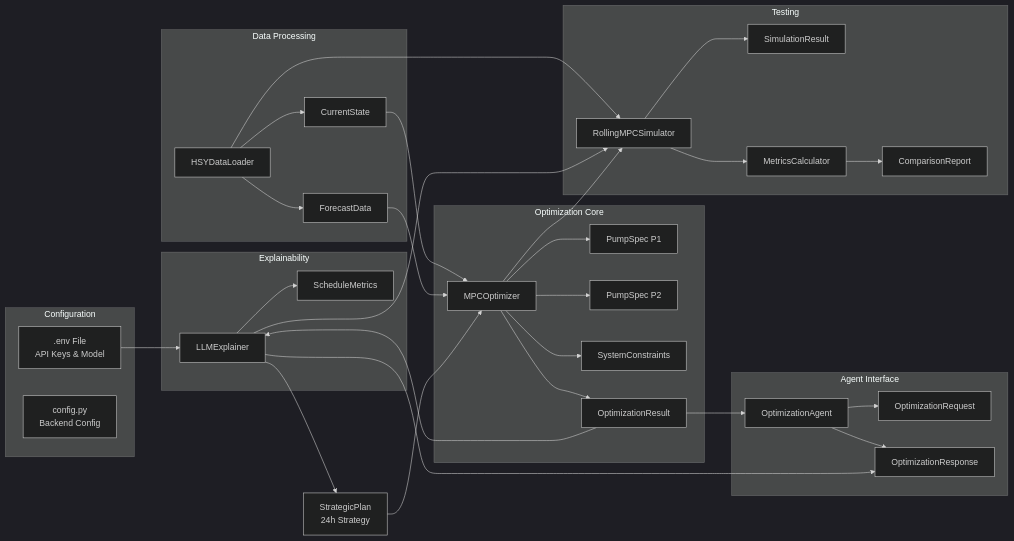
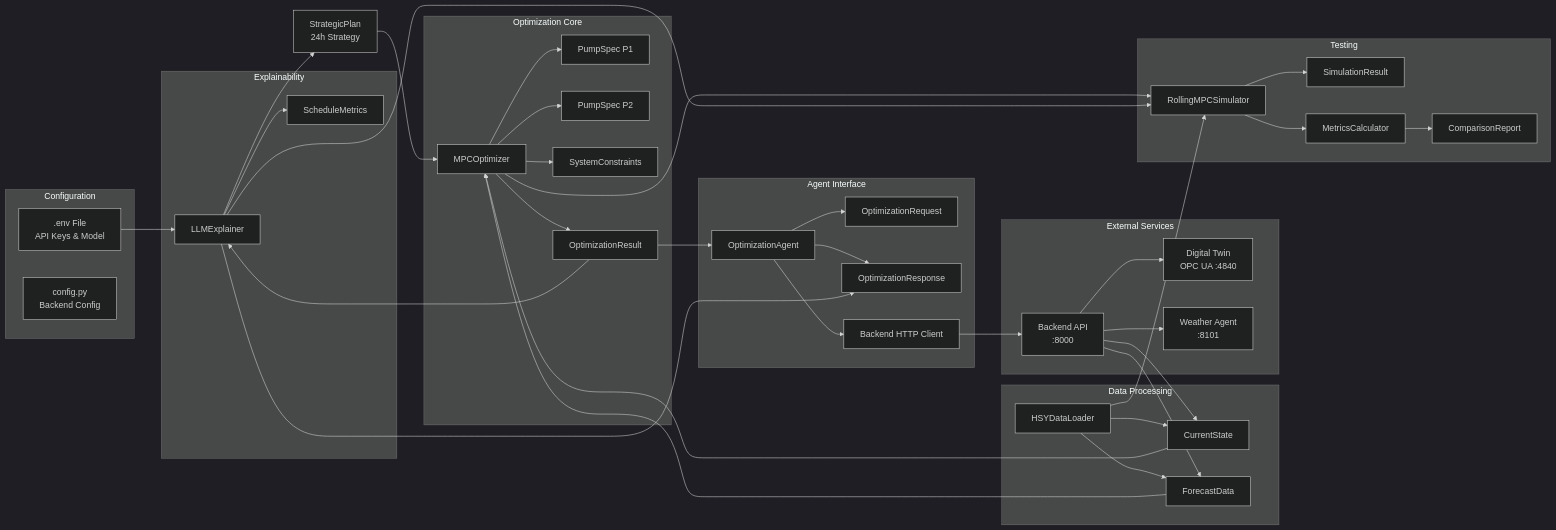
One commit to alexha11/Junction-2025 changed the fourth of 12 diagrams in agents/optimizer_agent/ARCHITECTURE.md. Above: the diagram before and after it, drawn with Mermaid (dark theme). The commit also changed other lines of this file and 36 other files, not shown here.

````diff
--- a/agents/optimizer_agent/ARCHITECTURE.md
+++ b/agents/optimizer_agent/ARCHITECTURE.md
@@ -172,64 +220,78 @@
 ```mermaid
 graph LR
     subgraph "Configuration"
         ENV[.env File<br/>API Keys & Model]
         CONFIG[config.py<br/>Backend Config]
     end
 
     subgraph "Data Processing"
         LOADER[HSYDataLoader]
         STATE[CurrentState]
         FORECAST[ForecastData]
         LOADER --> STATE
         LOADER --> FORECAST
     end
 
     subgraph "Optimization Core"
         OPT[MPCOptimizer]
         PUMP1[PumpSpec P1]
         PUMP2[PumpSpec P2]
         CONST[SystemConstraints]
         RESULT[OptimizationResult]
         OPT --> PUMP1
         OPT --> PUMP2
         OPT --> CONST
         OPT --> RESULT
     end
 
     subgraph "Explainability"
         EXPLAINER[LLMExplainer]
         METRICS[ScheduleMetrics]
         EXPLAINER --> METRICS
         ENV --> EXPLAINER
     end
 
     subgraph "Agent Interface"
         AGENT[OptimizationAgent]
         REQUEST[OptimizationRequest]
         RESPONSE[OptimizationResponse]
+        BACKEND_CLIENT[Backend HTTP Client]
         AGENT --> REQUEST
         AGENT --> RESPONSE
+        AGENT --> BACKEND_CLIENT
+    end
+    
+    subgraph "External Services"
+        BACKEND_API[Backend API<br/>:8000]
+        DIGITALTWIN_SVC[Digital Twin<br/>OPC UA :4840]
+        WEATHER_SVC[Weather Agent<br/>:8101]
+        BACKEND_API --> DIGITALTWIN_SVC
+        BACKEND_API --> WEATHER_SVC
     end
 
     subgraph "Testing"
         SIM[RollingMPCSimulator]
         SIMRESULT[SimulationResult]
         SIM --> SIMRESULT
         CALC[MetricsCalculator]
         REPORT[ComparisonReport]
         CALC --> REPORT
     end
 
     STATE --> OPT
     FORECAST --> OPT
     EXPLAINER --> STRATPLAN[StrategicPlan<br/>24h Strategy]
     STRATPLAN --> OPT
     RESULT --> EXPLAINER
     RESULT --> AGENT
     EXPLAINER --> RESPONSE
     
+    BACKEND_CLIENT --> BACKEND_API
+    BACKEND_API --> STATE
+    BACKEND_API --> FORECAST
+    
     LOADER --> SIM
     OPT --> SIM
     EXPLAINER --> SIM
     SIM --> CALC
 ```
````
